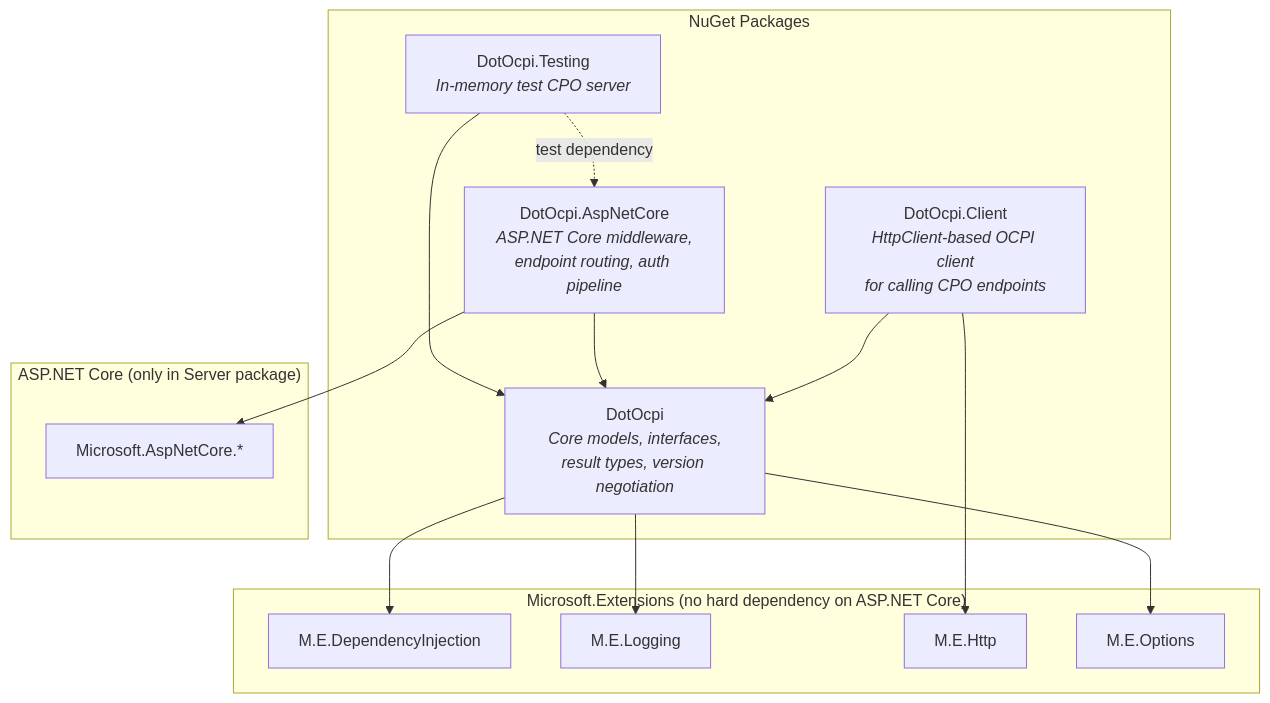
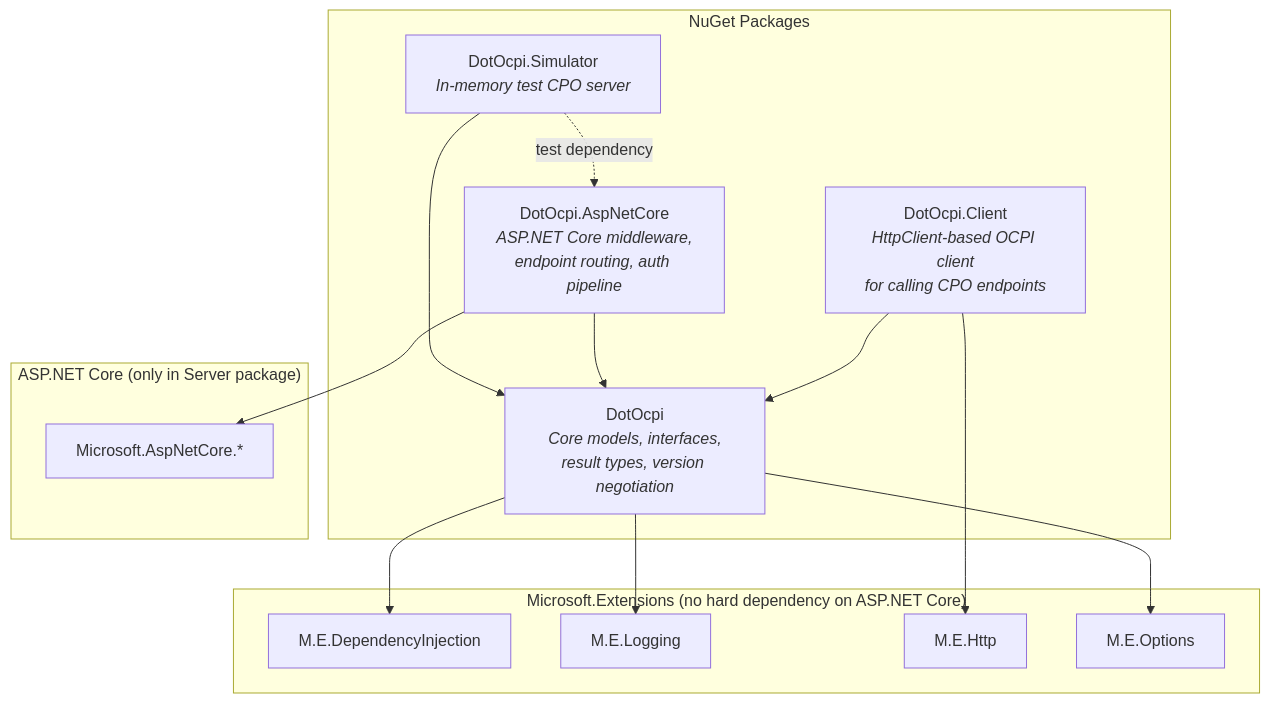
One commit to hannan-m/DotOcpi changed the third of 34 diagrams in docs/architecture.md. Above: the diagram before and after it, drawn with Mermaid. The commit also changed other lines of this file and 5 other files, not shown here.

````diff
--- a/docs/architecture.md
+++ b/docs/architecture.md
@@ -99,32 +100,32 @@
 ```mermaid
 graph TD
     subgraph "NuGet Packages"
         Core["DotOcpi<br/><i>Core models, interfaces,<br/>result types, version negotiation</i>"]
         Client["DotOcpi.Client<br/><i>HttpClient-based OCPI client<br/>for calling CPO endpoints</i>"]
         Server["DotOcpi.AspNetCore<br/><i>ASP.NET Core middleware,<br/>endpoint routing, auth pipeline</i>"]
-        Testing["DotOcpi.Testing<br/><i>In-memory test CPO server</i>"]
+        Testing["DotOcpi.Simulator<br/><i>In-memory test CPO server</i>"]
     end
 
     Client --> Core
     Server --> Core
     Testing --> Core
     Testing -.->|test dependency| Server
 
     subgraph "Microsoft.Extensions (no hard dependency on ASP.NET Core)"
         DI["M.E.DependencyInjection"]
         Logging["M.E.Logging"]
         Http["M.E.Http"]
         Options["M.E.Options"]
     end
 
     Core --> DI
     Core --> Logging
     Core --> Options
     Client --> Http
 
     subgraph "ASP.NET Core (only in Server package)"
         AspNet["Microsoft.AspNetCore.*"]
     end
 
     Server --> AspNet
 ```
````
